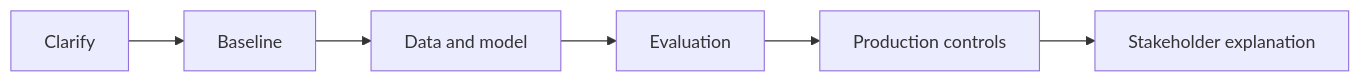
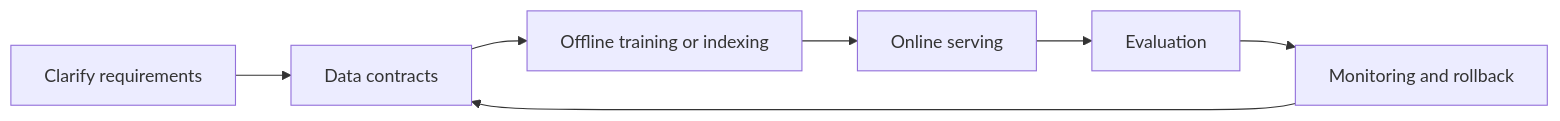
One commit to Icon1cc/Machine-Learning changed the diagram in interview-prep/12-ml-system-design-interview-questions.md. Above: the diagram before and after it, drawn with Mermaid. The commit also changed other lines of this file and 20 other files, not shown here.

````diff
--- a/interview-prep/12-ml-system-design-interview-questions.md
+++ b/interview-prep/12-ml-system-design-interview-questions.md
@@ -98,8 +114,9 @@
 ```mermaid
 flowchart LR
-    A[Clarify] --> B[Baseline]
-    B --> C[Data and model]
-    C --> D[Evaluation]
-    D --> E[Production controls]
-    E --> F[Stakeholder explanation]
+    A[Clarify requirements] --> B[Data contracts]
+    B --> C[Offline training or indexing]
+    C --> D[Online serving]
+    D --> E[Evaluation]
+    E --> F[Monitoring and rollback]
+    F --> B
 ```
````
